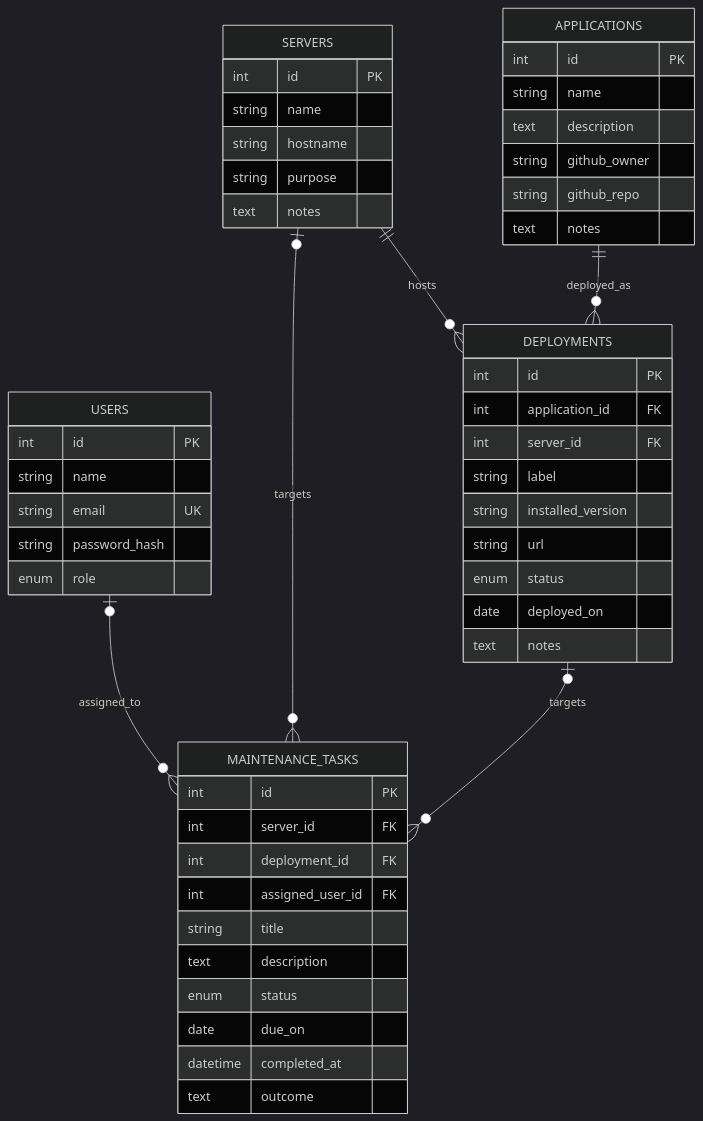
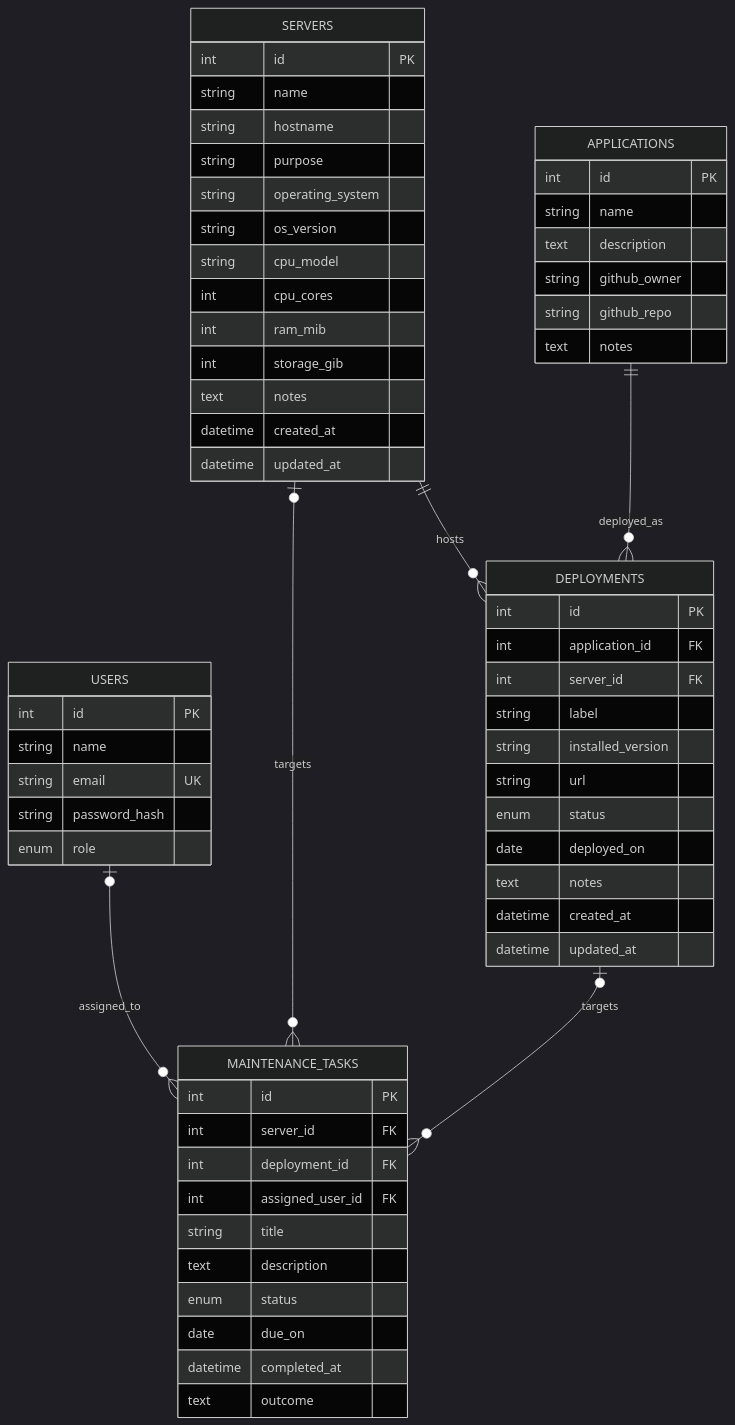
One commit to OmerAbdulkerim/homelab-ledger changed the diagram in docs/ERD.md. Above: the diagram before and after it, drawn with Mermaid (dark theme). The commit also changed other lines of this file and 2 other files, not shown here.

Commit message:
feat: add MySQL schema and sample data

````diff
--- a/docs/ERD.md
+++ b/docs/ERD.md
@@ -3,53 +5,63 @@
 ```mermaid
 erDiagram
     USERS o|--o{ MAINTENANCE_TASKS : assigned_to
     SERVERS ||--o{ DEPLOYMENTS : hosts
     APPLICATIONS ||--o{ DEPLOYMENTS : deployed_as
     SERVERS o|--o{ MAINTENANCE_TASKS : targets
     DEPLOYMENTS o|--o{ MAINTENANCE_TASKS : targets
     USERS {
         int id PK
         string name
         string email UK
         string password_hash
         enum role
     }
     SERVERS {
         int id PK
         string name
         string hostname
         string purpose
+        string operating_system
+        string os_version
+        string cpu_model
+        int cpu_cores
+        int ram_mib
+        int storage_gib
         text notes
+        datetime created_at
+        datetime updated_at
     }
     APPLICATIONS {
         int id PK
         string name
         text description
         string github_owner
         string github_repo
         text notes
     }
     DEPLOYMENTS {
         int id PK
         int application_id FK
         int server_id FK
         string label
         string installed_version
         string url
         enum status
         date deployed_on
         text notes
+        datetime created_at
+        datetime updated_at
     }
     MAINTENANCE_TASKS {
         int id PK
         int server_id FK
         int deployment_id FK
         int assigned_user_id FK
         string title
         text description
         enum status
         date due_on
         datetime completed_at
         text outcome
     }
 ```
````
